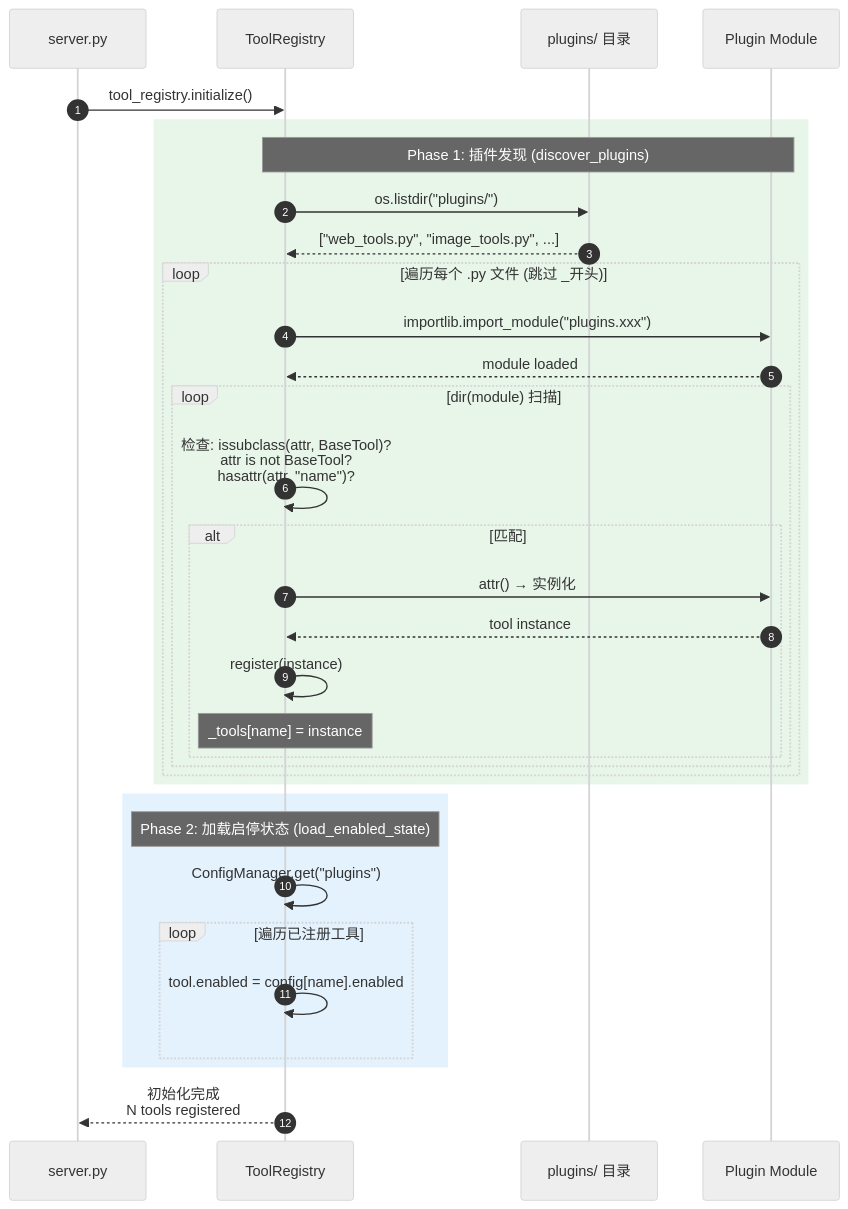
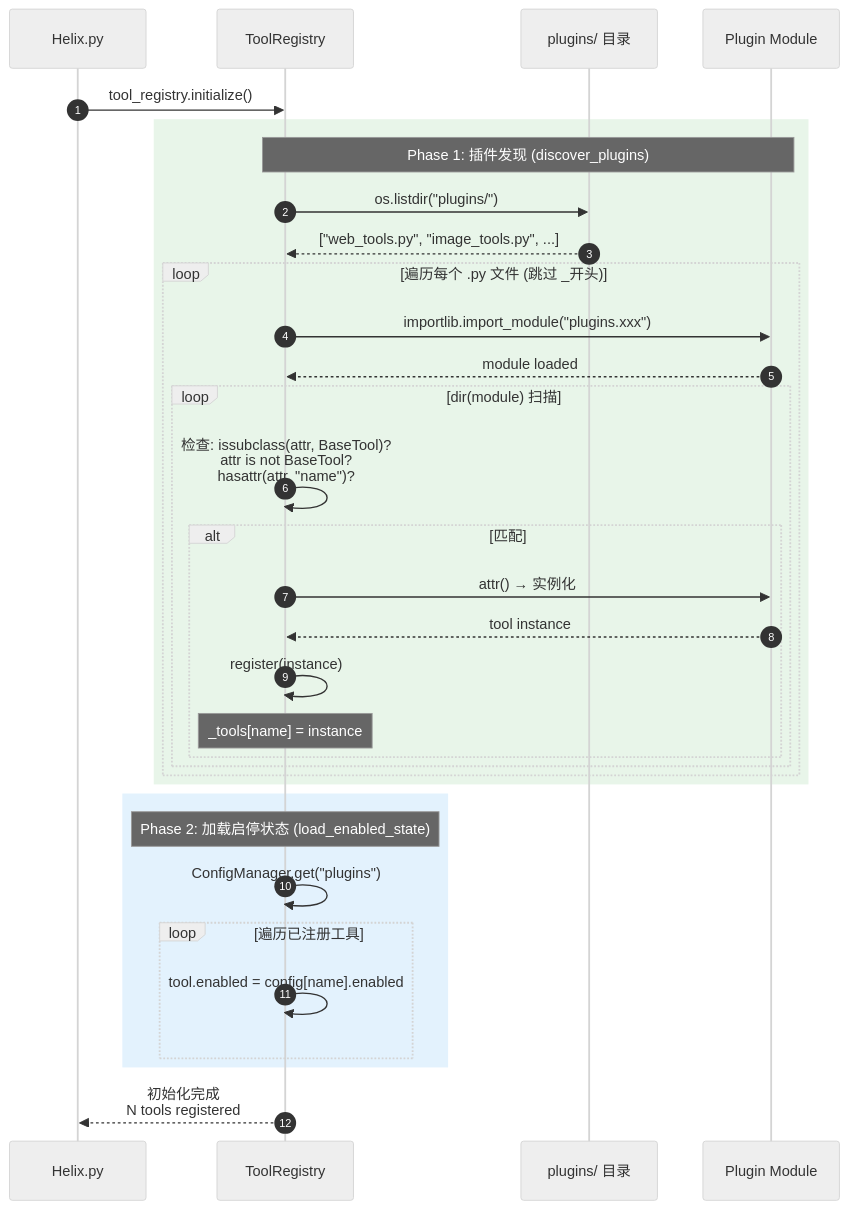
The eighth of 12 diagrams in doc/design.md (jimmylang74/Helix), drawn with Mermaid (neutral theme) before and after one commit. The commit also changed other lines of this file and 13 other files, not shown here.

````diff
--- a/doc/design.md
+++ b/doc/design.md
@@ -592,41 +585,41 @@
 ```mermaid
 sequenceDiagram
     autonumber
-    participant Server as server.py
+    participant Server as Helix.py
     participant TR as ToolRegistry
     participant FS as plugins/ 目录
     participant Module as Plugin Module
 
     Server->>TR: tool_registry.initialize()
 
     rect rgb(232, 245, 233)
         Note over TR,Module: Phase 1: 插件发现 (discover_plugins)
         TR->>FS: os.listdir("plugins/")
         FS-->>TR: ["web_tools.py", "image_tools.py", ...]
 
         loop 遍历每个 .py 文件 (跳过 _开头)
             TR->>Module: importlib.import_module("plugins.xxx")
             Module-->>TR: module loaded
 
             loop dir(module) 扫描
                 TR->>TR: 检查: issubclass(attr, BaseTool)?<br/>attr is not BaseTool?<br/>hasattr(attr, "name")?
                 alt 匹配
                     TR->>Module: attr() → 实例化
                     Module-->>TR: tool instance
                     TR->>TR: register(instance)
                     Note over TR: _tools[name] = instance
                 end
             end
         end
     end
 
     rect rgb(227, 242, 253)
         Note over TR: Phase 2: 加载启停状态 (load_enabled_state)
         TR->>TR: ConfigManager.get("plugins")
         loop 遍历已注册工具
             TR->>TR: tool.enabled = config[name].enabled
         end
     end
 
     TR-->>Server: 初始化完成<br/>N tools registered
 ```
````
